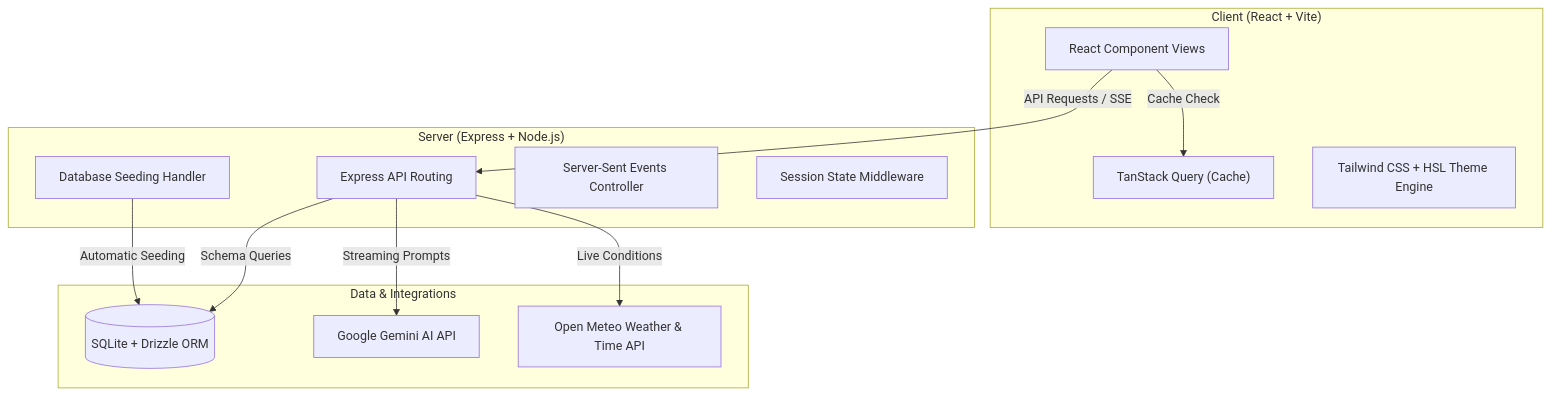
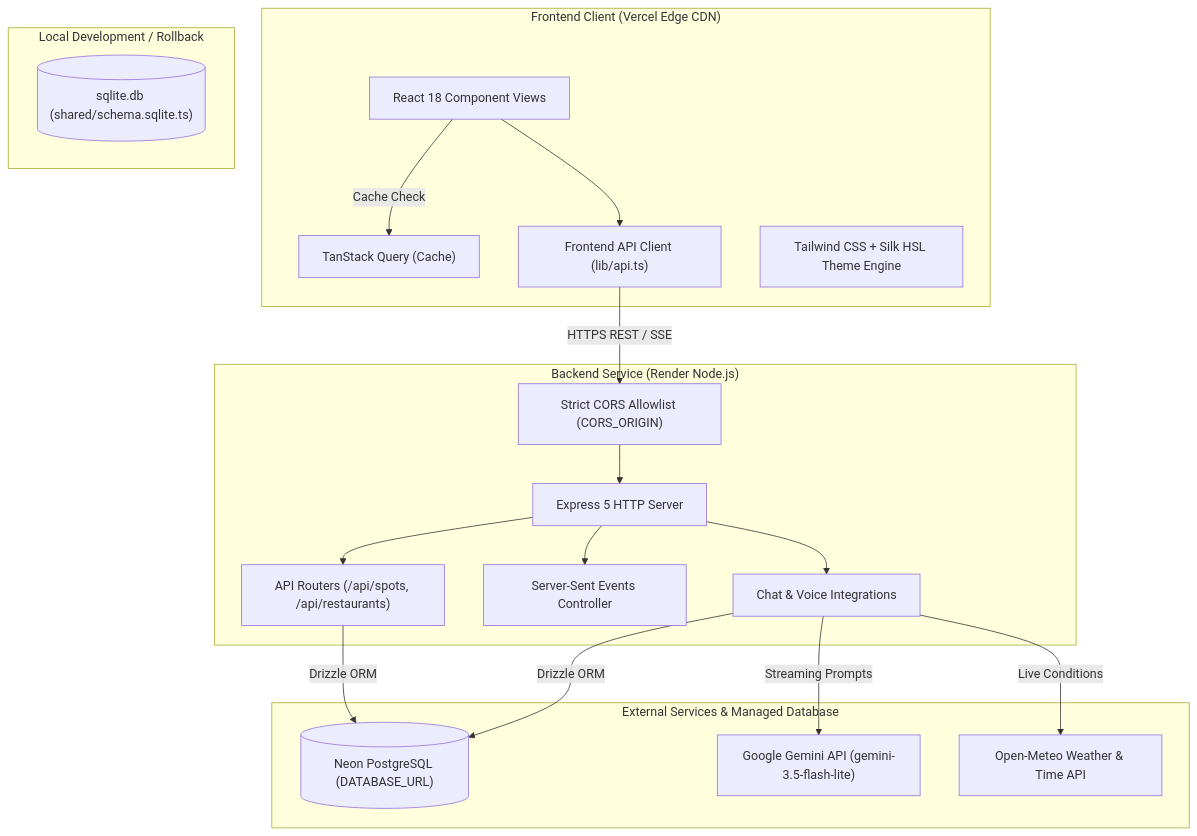
One commit to dickenbagrecha/NammaMysuru.ai changed the diagram in README.md. Above: the diagram before and after it, drawn with Mermaid. The commit also changed other lines of this file and 5 other files, not shown here.

Commit message:
docs: reconcile production PostgreSQL deployment and repository documentation

````diff
--- a/README.md
+++ b/README.md
@@ -51,28 +68,39 @@
 ```mermaid
 flowchart TB
-    subgraph Client ["Client (React + Vite)"]
-        UI["React Component Views"]
+    subgraph Client ["Frontend Client (Vercel Edge CDN)"]
+        UI["React 18 Component Views"]
         State["TanStack Query (Cache)"]
-        Style["Tailwind CSS + HSL Theme Engine"]
+        ClientAPI["Frontend API Client (lib/api.ts)"]
+        Style["Tailwind CSS + Silk HSL Theme Engine"]
     end
 
-    subgraph Server ["Server (Express + Node.js)"]
-        API["Express API Routing"]
-        Seed["Database Seeding Handler"]
+    subgraph Server ["Backend Service (Render Node.js)"]
+        HTTP["Express 5 HTTP Server"]
+        CORS["Strict CORS Allowlist (CORS_ORIGIN)"]
+        Routes["API Routers (/api/spots, /api/restaurants)"]
         SSE["Server-Sent Events Controller"]
-        Auth["Session State Middleware"]
+        ChatEngine["Chat & Voice Integrations"]
     end
 
-    subgraph Data ["Data & Integrations"]
-        DB[(SQLite + Drizzle ORM)]
-        Gemini["Google Gemini AI API"]
-        Meteo["Open Meteo Weather & Time API"]
+    subgraph External ["External Services & Managed Database"]
+        NeonDB[("Neon PostgreSQL (DATABASE_URL)")]
+        Gemini["Google Gemini API (gemini-3.5-flash-lite)"]
+        Meteo["Open-Meteo Weather & Time API"]
     end
 
-    UI -->|API Requests / SSE| API
+    subgraph LocalArchived ["Local Development / Rollback"]
+        SQLiteArchived[("sqlite.db (shared/schema.sqlite.ts)")]
+    end
+
+    UI --> ClientAPI
+    ClientAPI -->|HTTPS REST / SSE| CORS
+    CORS --> HTTP
+    HTTP --> Routes
+    HTTP --> SSE
+    HTTP --> ChatEngine
+    Routes -->|Drizzle ORM| NeonDB
+    ChatEngine -->|Drizzle ORM| NeonDB
+    ChatEngine -->|Streaming Prompts| Gemini
+    ChatEngine -->|Live Conditions| Meteo
     UI -->|Cache Check| State
-    API -->|Schema Queries| DB
-    API -->|Streaming Prompts| Gemini
-    API -->|Live Conditions| Meteo
-    Seed -->|Automatic Seeding| DB
 ```
````
